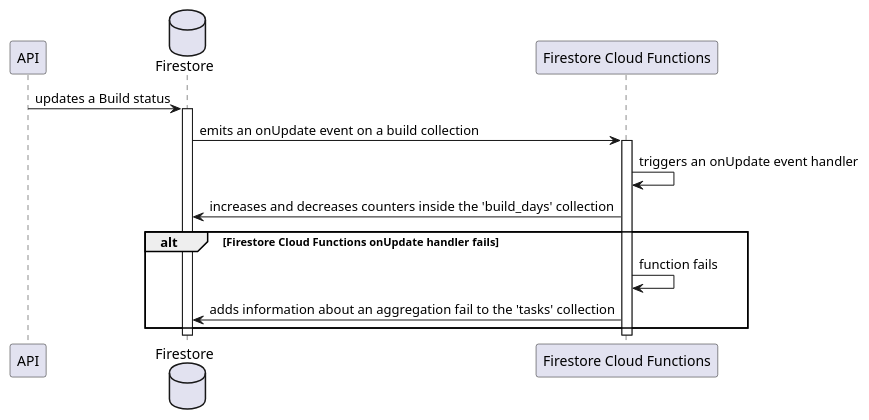
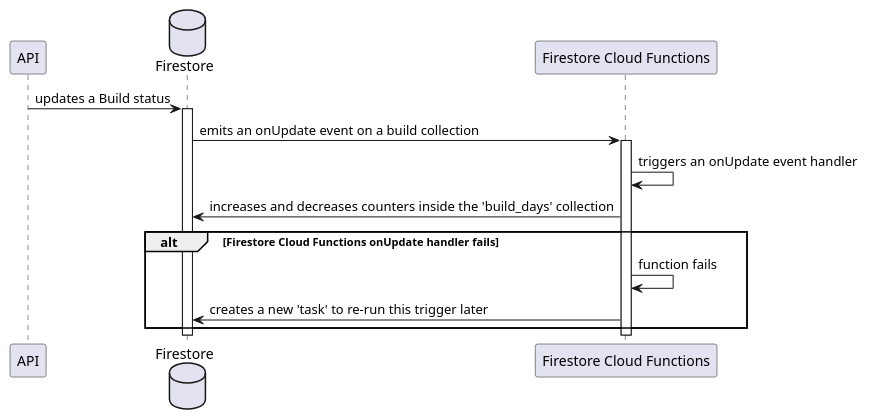
One commit to Flank/flank-dashboard changed the diagram in metrics/firebase/docs/features/builds_aggregation/diagrams/firestore_update_builds_aggregation_sequence_diagram.puml. Above: the diagram before and after it, drawn with PlantUML. The commit also changed 2 other files, not shown here.

```diff
--- a/metrics/firebase/docs/features/builds_aggregation/diagrams/firestore_update_builds_aggregation_sequence_diagram.puml
+++ b/metrics/firebase/docs/features/builds_aggregation/diagrams/firestore_update_builds_aggregation_sequence_diagram.puml
@@ -1,27 +1,27 @@
 @startuml firestore_update_builds_aggregation_sequence_diagram
     skinparam ParticipantPadding 20
     skinparam BoxPadding 10
 
     participant API
 
     database Firestore
 
     participant "Firestore Cloud Functions" as FCF
 
     API -> Firestore : updates a Build status
     activate Firestore
 
     Firestore -> FCF : emits an onUpdate event on a build collection
     activate FCF
     
     FCF -> FCF : triggers an onUpdate event handler
     FCF -> Firestore : increases and decreases counters inside the 'build_days' collection
     alt Firestore Cloud Functions onUpdate handler fails
         FCF -> FCF : function fails
-        FCF -> Firestore : adds information about an aggregation fail to the 'tasks' collection
+        FCF -> Firestore : creates a new 'task' to re-run this trigger later
     end
 
     deactivate FCF
     deactivate Firestore
 
 @enduml
```
